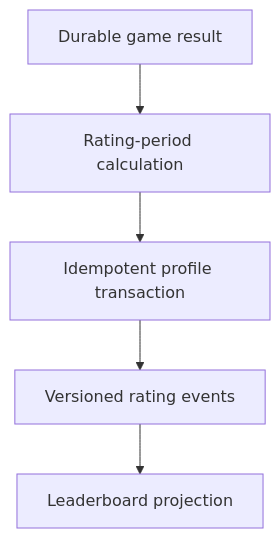
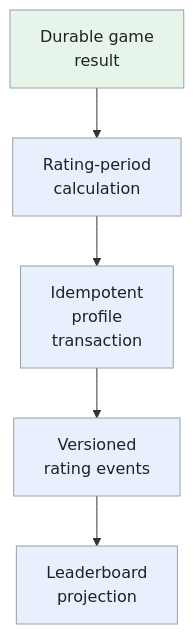
Before and after one commit to iliazlobin/iliazlobin.github.io: the fifth of 5 diagrams in _designs/system-design-online-chess.md, drawn with Mermaid. The commit also changed other lines of this file and 131 other files, not shown here.

````diff
--- a/_designs/system-design-online-chess.md
+++ b/_designs/system-design-online-chess.md
@@ -282,7 +359,12 @@
 ```mermaid
 flowchart TB
-  G["Durable game result"] --> P["Rating-period calculation"]
-  P --> T["Idempotent profile transaction"]
-  T --> E["Versioned rating events"]
-  E --> R["Leaderboard projection"]
+  G["Durable game<br>result"] --> P["Rating-period<br>calculation"]
+  P --> T["Idempotent<br>profile<br>transaction"]
+  T --> E["Versioned<br>rating events"]
+  E --> R["Leaderboard<br>projection"]
+  classDef request fill:#e8f0fe,stroke:#9aa0a6,color:#202124,stroke-width:1px
+  classDef background fill:#e6f4ea,stroke:#9aa0a6,color:#202124,stroke-width:1px
+  classDef control fill:#fef7e0,stroke:#9aa0a6,color:#202124,stroke-width:1px
+  class P,T,E,R request
+  class G background
 ```
````
